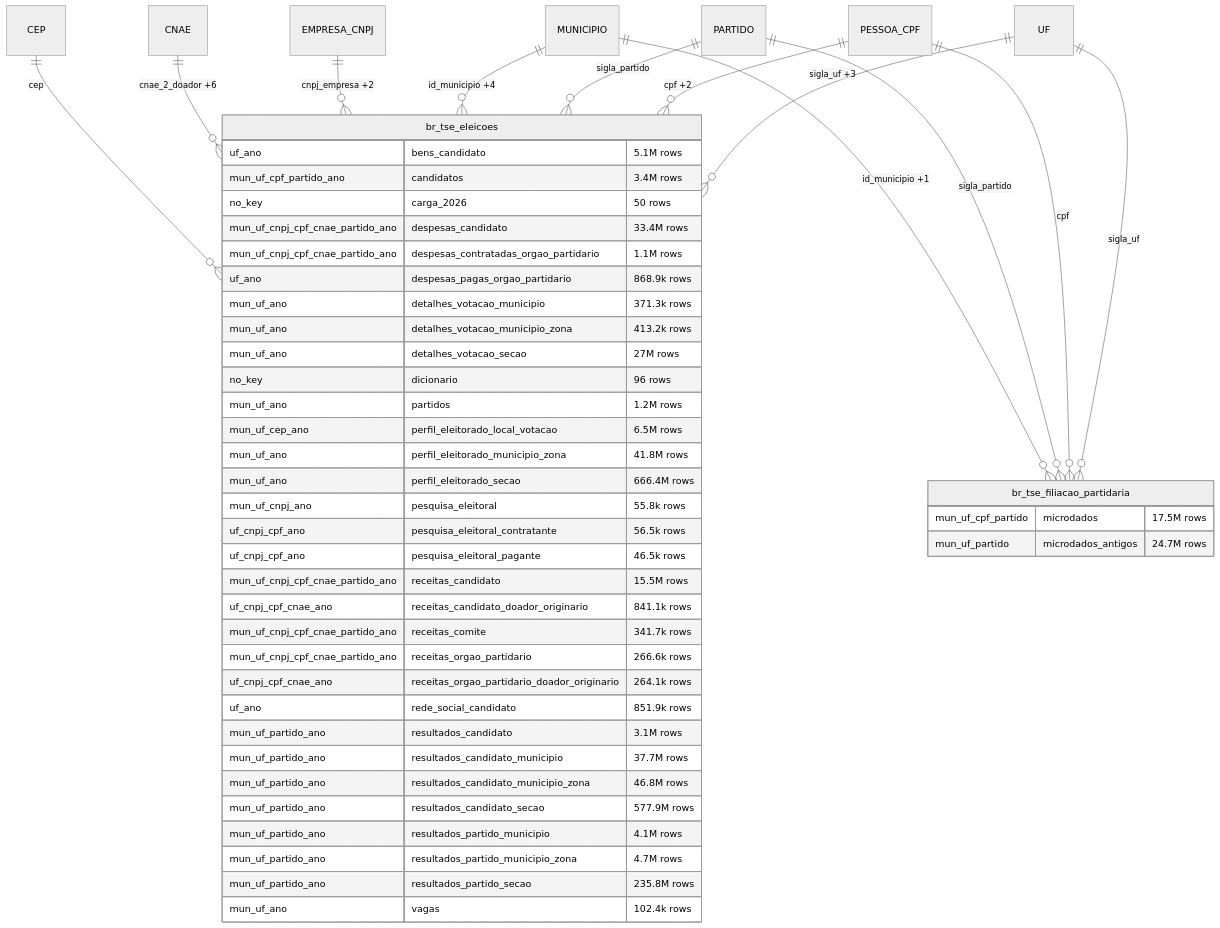
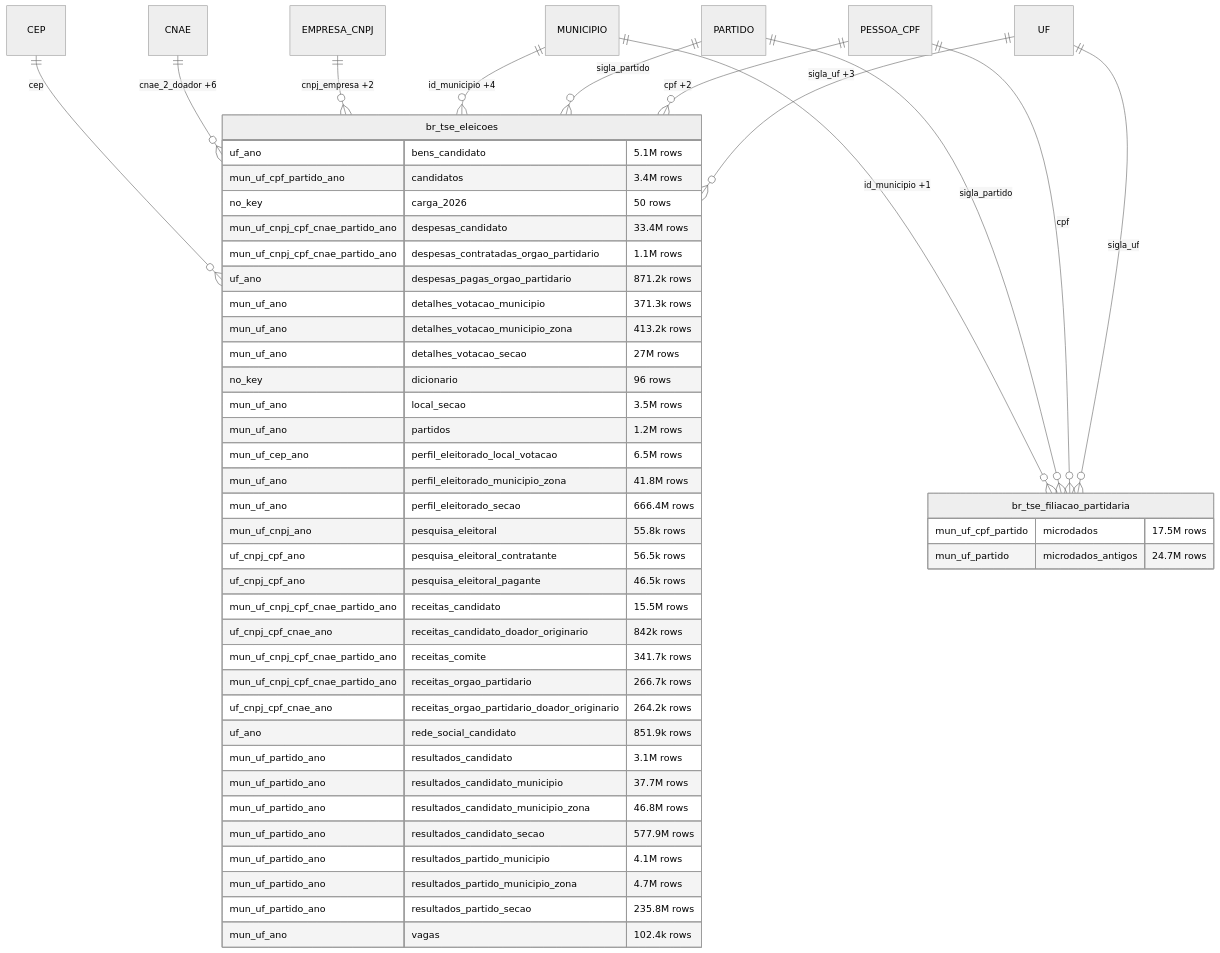
Diagram 20 of 37 in docs/mapa/ERD_EN.md (rafapolo/rodado), drawn with Mermaid (neutral theme) before and after one commit. The commit also changed other lines of this file and 114 other files, not shown here.

````diff
--- a/docs/mapa/ERD_EN.md
+++ b/docs/mapa/ERD_EN.md
@@ -1850,51 +1860,52 @@
 ```mermaid
 erDiagram
     CEP ||--o{ br_tse_eleicoes : "cep"
     CNAE ||--o{ br_tse_eleicoes : "cnae_2_doador +6"
     EMPRESA_CNPJ ||--o{ br_tse_eleicoes : "cnpj_empresa +2"
     MUNICIPIO ||--o{ br_tse_eleicoes : "id_municipio +4"
     PARTIDO ||--o{ br_tse_eleicoes : "sigla_partido"
     PESSOA_CPF ||--o{ br_tse_eleicoes : "cpf +2"
     UF ||--o{ br_tse_eleicoes : "sigla_uf +3"
     MUNICIPIO ||--o{ br_tse_filiacao_partidaria : "id_municipio +1"
     PARTIDO ||--o{ br_tse_filiacao_partidaria : "sigla_partido"
     PESSOA_CPF ||--o{ br_tse_filiacao_partidaria : "cpf"
     UF ||--o{ br_tse_filiacao_partidaria : "sigla_uf"
     br_tse_eleicoes {
         uf_ano bens_candidato "5.1M rows"
         mun_uf_cpf_partido_ano candidatos "3.4M rows"
         no_key carga_2026 "50 rows"
         mun_uf_cnpj_cpf_cnae_partido_ano despesas_candidato "33.4M rows"
         mun_uf_cnpj_cpf_cnae_partido_ano despesas_contratadas_orgao_partidario "1.1M rows"
-        uf_ano despesas_pagas_orgao_partidario "868.9k rows"
+        uf_ano despesas_pagas_orgao_partidario "871.2k rows"
         mun_uf_ano detalhes_votacao_municipio "371.3k rows"
         mun_uf_ano detalhes_votacao_municipio_zona "413.2k rows"
         mun_uf_ano detalhes_votacao_secao "27M rows"
         no_key dicionario "96 rows"
+        mun_uf_ano local_secao "3.5M rows"
         mun_uf_ano partidos "1.2M rows"
         mun_uf_cep_ano perfil_eleitorado_local_votacao "6.5M rows"
         mun_uf_ano perfil_eleitorado_municipio_zona "41.8M rows"
         mun_uf_ano perfil_eleitorado_secao "666.4M rows"
         mun_uf_cnpj_ano pesquisa_eleitoral "55.8k rows"
         uf_cnpj_cpf_ano pesquisa_eleitoral_contratante "56.5k rows"
         uf_cnpj_cpf_ano pesquisa_eleitoral_pagante "46.5k rows"
         mun_uf_cnpj_cpf_cnae_partido_ano receitas_candidato "15.5M rows"
-        uf_cnpj_cpf_cnae_ano receitas_candidato_doador_originario "841.1k rows"
+        uf_cnpj_cpf_cnae_ano receitas_candidato_doador_originario "842k rows"
         mun_uf_cnpj_cpf_cnae_partido_ano receitas_comite "341.7k rows"
-        mun_uf_cnpj_cpf_cnae_partido_ano receitas_orgao_partidario "266.6k rows"
-        uf_cnpj_cpf_cnae_ano receitas_orgao_partidario_doador_originario "264.1k rows"
+        mun_uf_cnpj_cpf_cnae_partido_ano receitas_orgao_partidario "266.7k rows"
+        uf_cnpj_cpf_cnae_ano receitas_orgao_partidario_doador_originario "264.2k rows"
         uf_ano rede_social_candidato "851.9k rows"
         mun_uf_partido_ano resultados_candidato "3.1M rows"
         mun_uf_partido_ano resultados_candidato_municipio "37.7M rows"
         mun_uf_partido_ano resultados_candidato_municipio_zona "46.8M rows"
         mun_uf_partido_ano resultados_candidato_secao "577.9M rows"
         mun_uf_partido_ano resultados_partido_municipio "4.1M rows"
         mun_uf_partido_ano resultados_partido_municipio_zona "4.7M rows"
         mun_uf_partido_ano resultados_partido_secao "235.8M rows"
         mun_uf_ano vagas "102.4k rows"
     }
     br_tse_filiacao_partidaria {
         mun_uf_cpf_partido microdados "17.5M rows"
         mun_uf_partido microdados_antigos "24.7M rows"
     }
 ```
````
